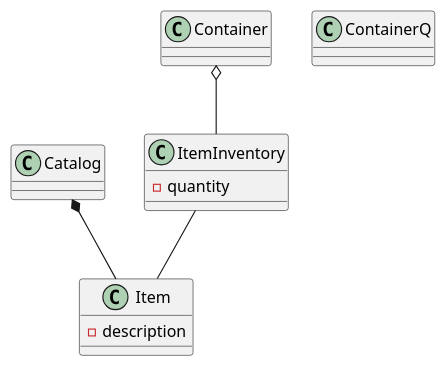
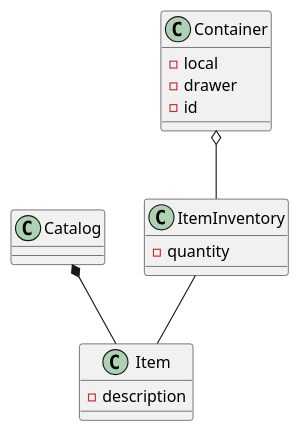
The diagram in docs/classes.puml (IEPSCF-Uccle-PROJWEB2-S1-2021/fablab-components), drawn with PlantUML before and after one commit. The commit also changed 1 other file, not shown here.

Commit message:
Adapted class diagram.

```diff
--- a/docs/classes.puml
+++ b/docs/classes.puml
@@ -1,13 +1,17 @@
 @startuml classes
 class Catalog
 class Item {
   -description
 }
-class ContainerQ
+class Container {
+  -local
+  -drawer
+  -id
+}
 class ItemInventory {
   -quantity
 }
 Catalog *-- Item
 Container o-- ItemInventory
 ItemInventory -- Item
 @enduml
```
